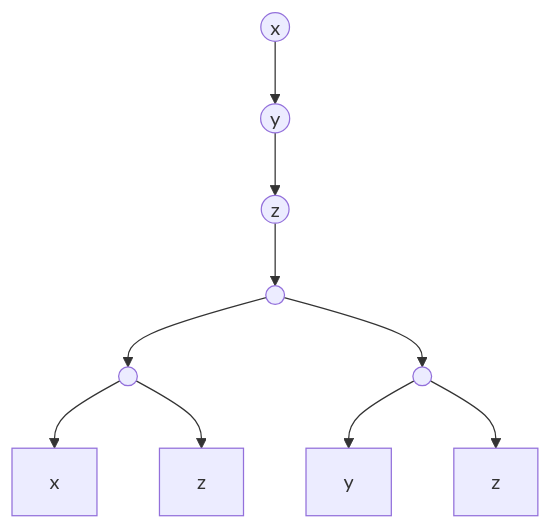
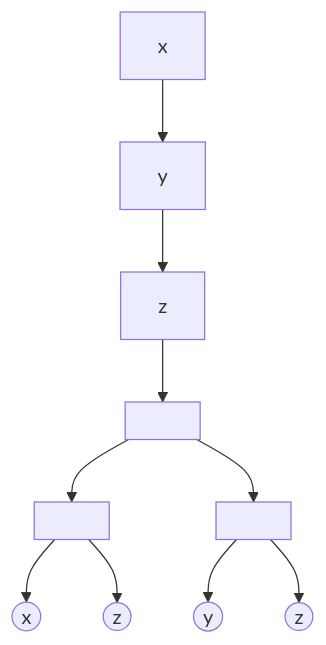
Before and after one commit to gzholtkevych/CertifiedProgramming: the diagram in Lectures/lecture-2.md, drawn with Mermaid. The commit also changed other lines of this file, not shown here.

````diff
--- a/Lectures/lecture-2.md
+++ b/Lectures/lecture-2.md
@@ -31,12 +31,12 @@
 ```mermaid
 graph TD
-    A((x)) --> B((y))
-    B --> C((z))
-    C --> D(( ))
-    D --> E(( ))
-    D --> F(( ))
-    E --> G[x]
-    E --> H[z]
-    F --> I[y]
-    F --> J[z]
+    A[x] --> B[y]
+    B --> C[z]
+    C --> D[ ]
+    D --> E[ ]
+    D --> F[ ]
+    E --> G((x))
+    E --> H((z))
+    F --> I((y))
+    F --> J((z))
 ```
````
